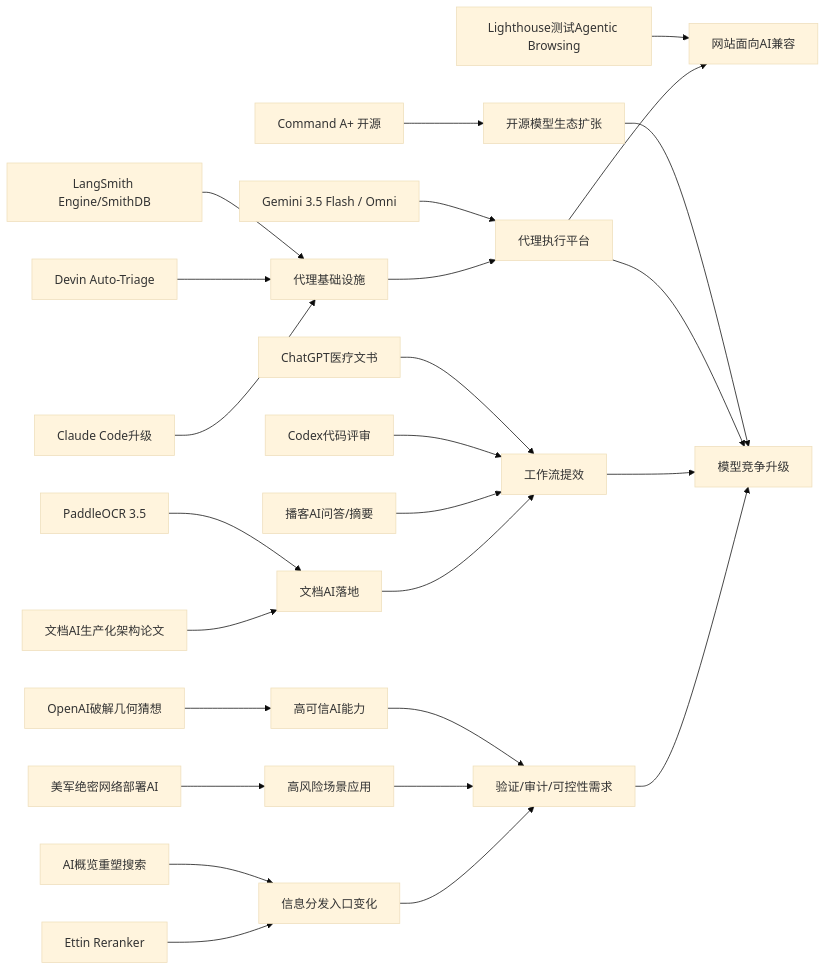
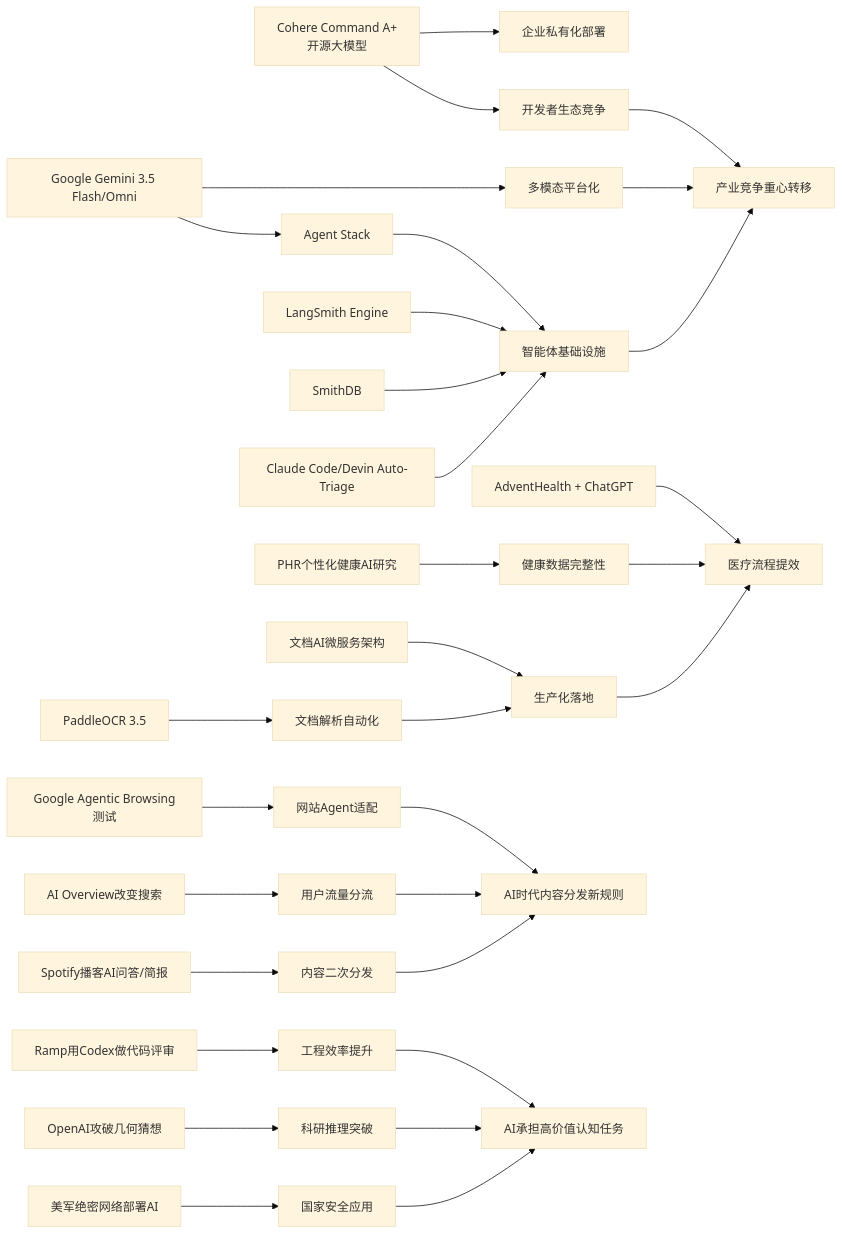
One commit to zhuxinfei/ai-daily-site changed the diagram in content/cn/2026/2026-05/2026-05-21.md. Above: the diagram before and after it, drawn with Mermaid (base theme). The commit also changed other lines of this file, not shown here.

````diff
--- a/content/cn/2026/2026-05/2026-05-21.md
+++ b/content/cn/2026/2026-05/2026-05-21.md
@@ -110,32 +114,38 @@
 ```mermaid
 graph LR
-    Cohere[Command A+ 开源] --> OpenModel[开源模型生态扩张]
-    GoogleIO[Gemini 3.5 Flash / Omni] --> AgentPlatform[代理执行平台]
-    LangSmith[LangSmith Engine/SmithDB] --> AgentInfra[代理基础设施]
-    Devin[Devin Auto-Triage] --> AgentInfra
-    ClaudeCode[Claude Code升级] --> AgentInfra
-    AgentInfra --> AgentPlatform
-    GoogleLighthouse[Lighthouse测试Agentic Browsing] --> AgentWeb[网站面向AI兼容]
-    AgentPlatform --> AgentWeb
+    A[Cohere Command A+<br/>开源大模型] --> B[企业私有化部署]
+    A --> C[开发者生态竞争]
 
-    AdventHealth[ChatGPT医疗文书] --> WorkflowAI[工作流提效]
-    Ramp[Codex代码评审] --> WorkflowAI
-    Spotify[播客AI问答/摘要] --> WorkflowAI
-    PaddleOCR[PaddleOCR 3.5] --> DocumentAI[文档AI落地]
-    DocPaper[文档AI生产化架构论文] --> DocumentAI
-    DocumentAI --> WorkflowAI
+    D[Google Gemini 3.5 Flash/Omni] --> E[多模态平台化]
+    D --> F[Agent Stack]
+    F --> G[智能体基础设施]
+    H[LangSmith Engine] --> G
+    I[SmithDB] --> G
+    J[Claude Code/Devin Auto-Triage] --> G
 
-    OpenAIMath[OpenAI破解几何猜想] --> HighTrust[高可信AI能力]
-    USCyber[美军绝密网络部署AI] --> HighRisk[高风险场景应用]
-    SearchShift[AI概览重塑搜索] --> InfoGate[信息分发入口变化]
-    Ettin[Ettin Reranker] --> InfoGate
+    K[AdventHealth + ChatGPT] --> L[医疗流程提效]
+    M[PHR个性化健康AI研究] --> N[健康数据完整性]
+    O[PaddleOCR 3.5] --> P[文档解析自动化]
+    Q[文档AI微服务架构] --> R[生产化落地]
+    P --> R
+    N --> L
+    R --> L
 
-    HighTrust --> Governance[验证/审计/可控性需求]
-    HighRisk --> Governance
-    InfoGate --> Governance
+    S[Google Agentic Browsing测试] --> T[网站Agent适配]
+    U[AI Overview改变搜索] --> V[用户流量分流]
+    W[Spotify播客AI问答/简报] --> X[内容二次分发]
+    T --> Y[AI时代内容分发新规则]
+    V --> Y
+    X --> Y
 
-    OpenModel --> Market[模型竞争升级]
-    AgentPlatform --> Market
-    WorkflowAI --> Market
-    Governance --> Market
+    Z[Ramp用Codex做代码评审] --> AA[工程效率提升]
+    AB[OpenAI攻破几何猜想] --> AC[科研推理突破]
+    AD[美军绝密网络部署AI] --> AE[国家安全应用]
+    AA --> AF[AI承担高价值认知任务]
+    AC --> AF
+    AE --> AF
+
+    C --> AG[产业竞争重心转移]
+    E --> AG
+    G --> AG
 ```
````
